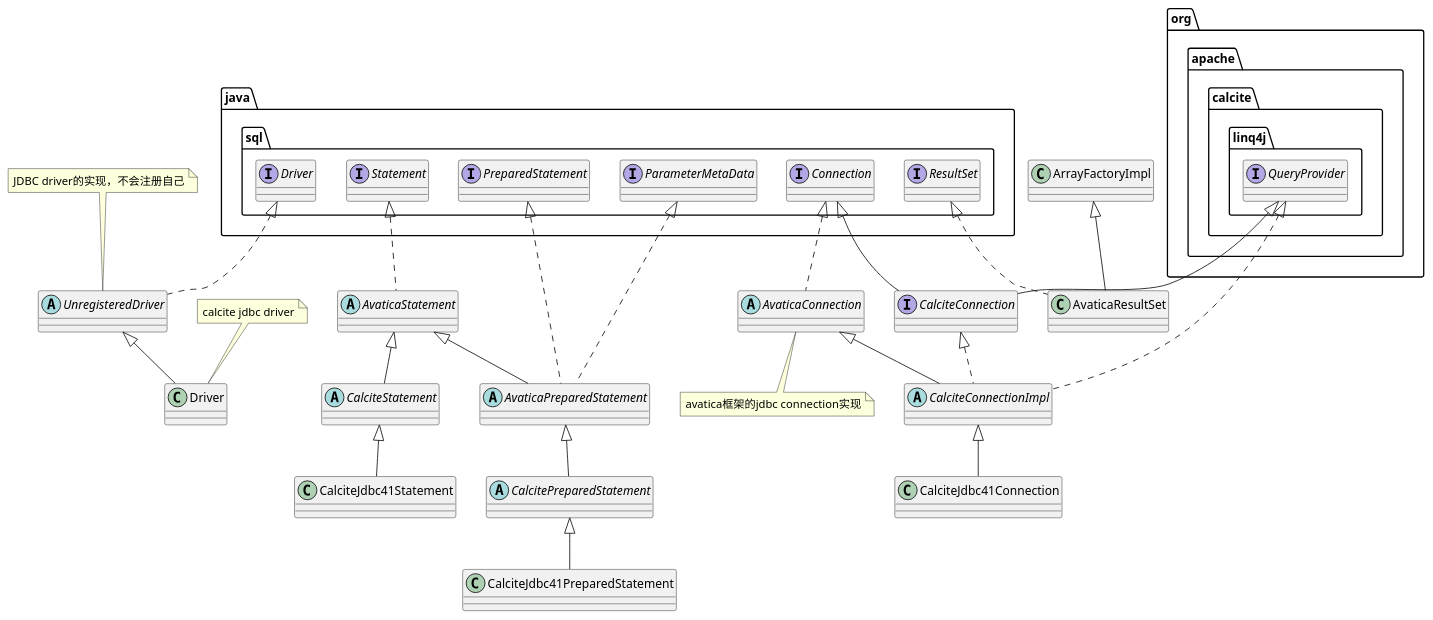
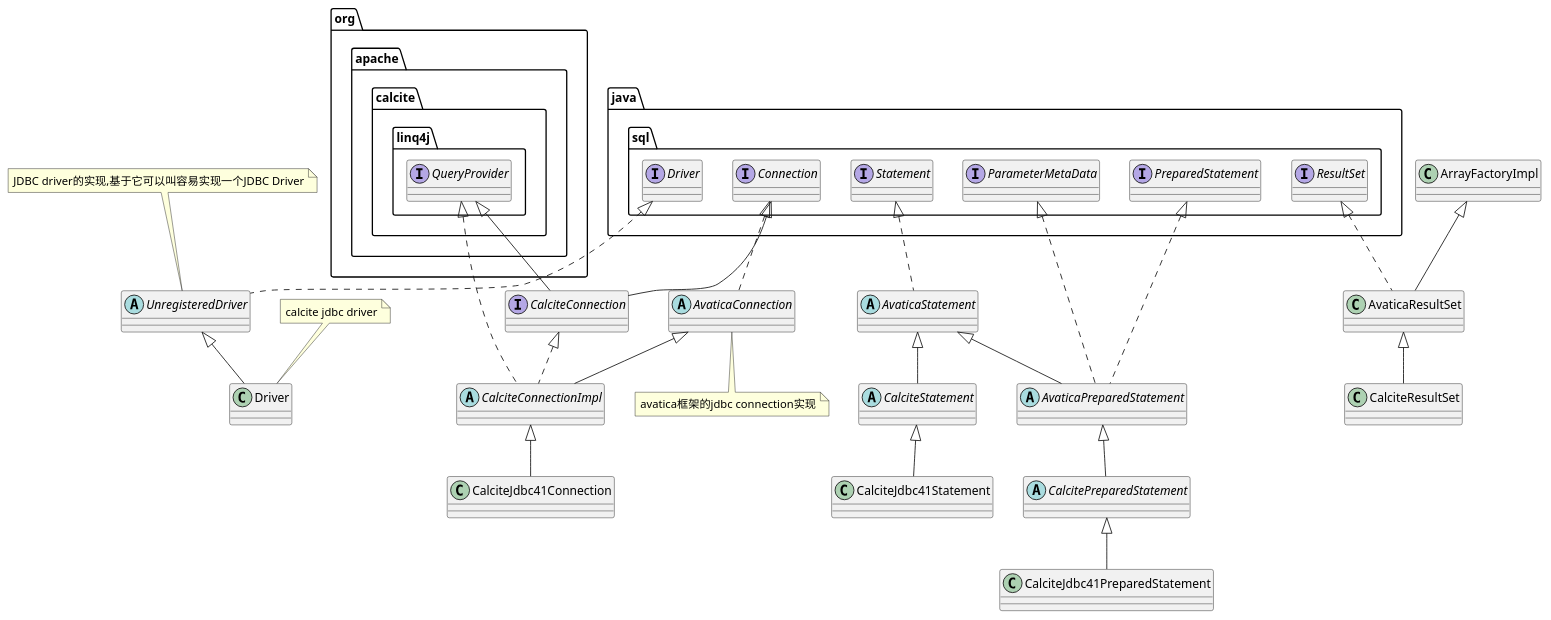
One commit to lichangjiang/calcite-tutorial changed the diagram in calcite_uml/class/jdbc_class.puml. Above: the diagram before and after it, drawn with PlantUML. The commit also changed 2 other files, not shown here.

Commit message:
docs: 添加enumerablerel类图

```diff
--- a/calcite_uml/class/jdbc_class.puml
+++ b/calcite_uml/class/jdbc_class.puml
@@ -1,36 +1,37 @@
 @startuml
 
 abstract class UnregisteredDriver implements java.sql.Driver
 note top of UnregisteredDriver
-    JDBC driver的实现，不会注册自己
+    JDBC driver的实现,基于它可以叫容易实现一个JDBC Driver
 end note
 class Driver extends UnregisteredDriver
 note top of Driver
     calcite jdbc driver
 end note
 
 
 interface CalciteConnection extends java.sql.Connection, org.apache.calcite.linq4j.QueryProvider
 
 abstract class AvaticaConnection implements java.sql.Connection
 note bottom of AvaticaConnection
     avatica框架的jdbc connection实现
 end note
 
 abstract class CalciteConnectionImpl extends AvaticaConnection implements CalciteConnection,org.apache.calcite.linq4j.QueryProvider
 
 class CalciteJdbc41Connection extends CalciteConnectionImpl
 
 abstract class AvaticaStatement implements java.sql.Statement
 abstract class CalciteStatement extends AvaticaStatement
 class CalciteJdbc41Statement extends CalciteStatement
 
 abstract class AvaticaPreparedStatement extends AvaticaStatement implements java.sql.PreparedStatement, java.sql.ParameterMetaData
 
 abstract class CalcitePreparedStatement extends AvaticaPreparedStatement
 
 class CalciteJdbc41PreparedStatement extends CalcitePreparedStatement 
 
 
 class AvaticaResultSet extends ArrayFactoryImpl implements java.sql.ResultSet
+class CalciteResultSet extends AvaticaResultSet
 @enduml
```
